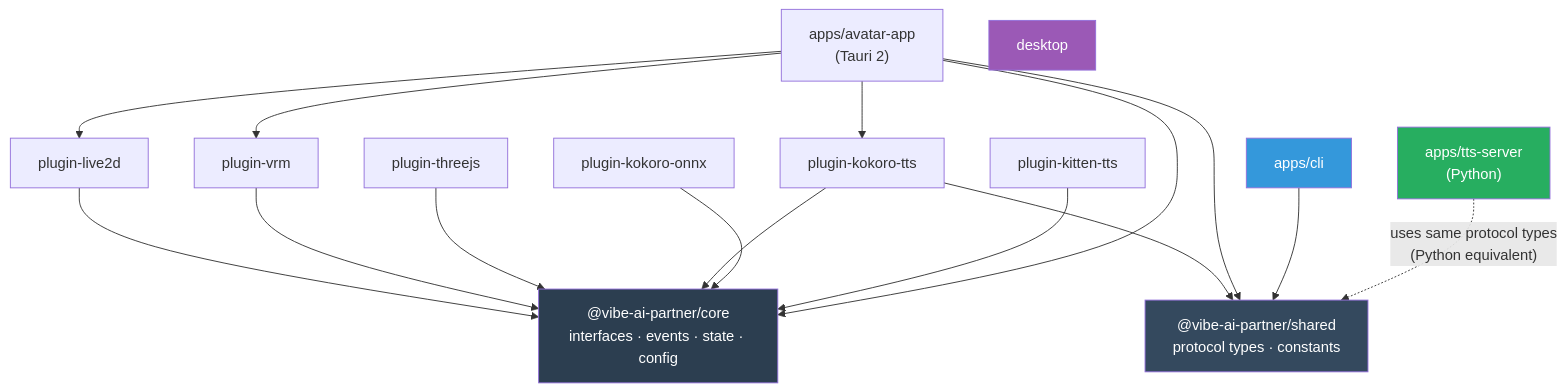
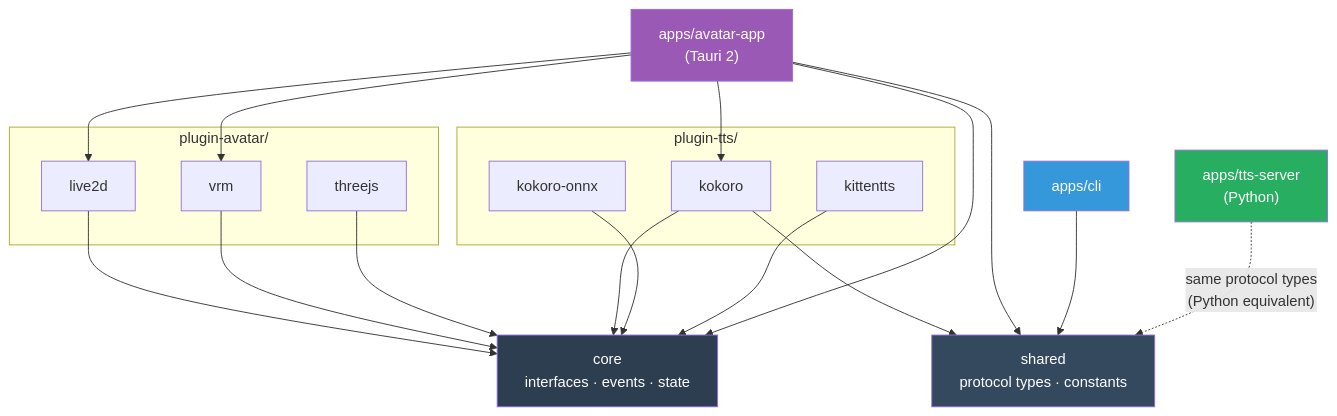
One commit to syahiidkamil/vibe-ai-partner-entity changed the diagram in docs/architecture/06-project-structure.md. Above: the diagram before and after it, drawn with Mermaid. The commit also changed other lines of this file and 2 other files, not shown here.

First line of the commit message:
docs: model registry pattern, plugin grouping, project structure audit fixes

````diff
--- a/docs/architecture/06-project-structure.md
+++ b/docs/architecture/06-project-structure.md
@@ -106,40 +108,45 @@
 ```mermaid
 graph TD
-    core["@vibe-ai-partner/core<br/>interfaces · events · state · config"]
-    shared["@vibe-ai-partner/shared<br/>protocol types · constants"]
+    core["core<br/>interfaces · events · state"]
+    shared["shared<br/>protocol types · constants"]
 
-    live2d["plugin-live2d"]
-    vrm["plugin-vrm"]
-    threejs["plugin-threejs"]
-    kokoro["plugin-kokoro-tts"]
-    onnx["plugin-kokoro-onnx"]
-    kitten["plugin-kitten-tts"]
+    subgraph "plugin-avatar/"
+        live2d["live2d"]
+        vrm["vrm"]
+        threejs["threejs"]
+    end
+
+    subgraph "plugin-tts/"
+        kokoro["kokoro"]
+        onnx["kokoro-onnx"]
+        kitten["kittentts"]
+    end
 
     avatarapp["apps/avatar-app<br/>(Tauri 2)"]
     cli["apps/cli"]
     tts["apps/tts-server<br/>(Python)"]
 
     live2d --> core
     vrm --> core
     threejs --> core
     kokoro --> core
     kokoro --> shared
     onnx --> core
     kitten --> core
 
     avatarapp --> core
     avatarapp --> shared
     avatarapp --> live2d
     avatarapp --> vrm
     avatarapp --> kokoro
 
     cli --> shared
 
-    tts -.->|"uses same protocol types<br/>(Python equivalent)"| shared
+    tts -.->|"same protocol types<br/>(Python equivalent)"| shared
 
     style core fill:#2c3e50,color:#fff
     style shared fill:#34495e,color:#fff
-    style desktop fill:#9b59b6,color:#fff
+    style avatarapp fill:#9b59b6,color:#fff
     style tts fill:#27ae60,color:#fff
     style cli fill:#3498db,color:#fff
 ```
````
